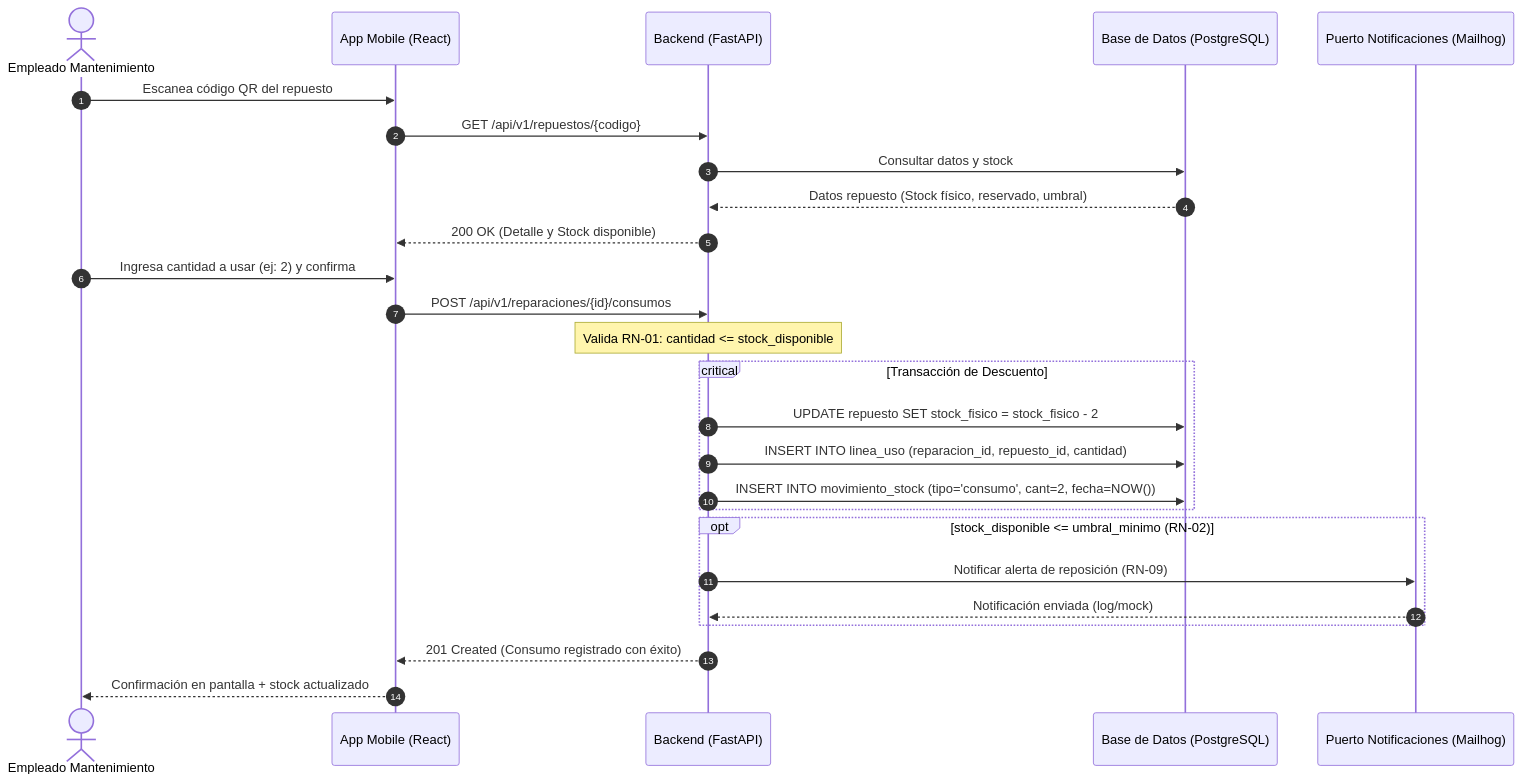
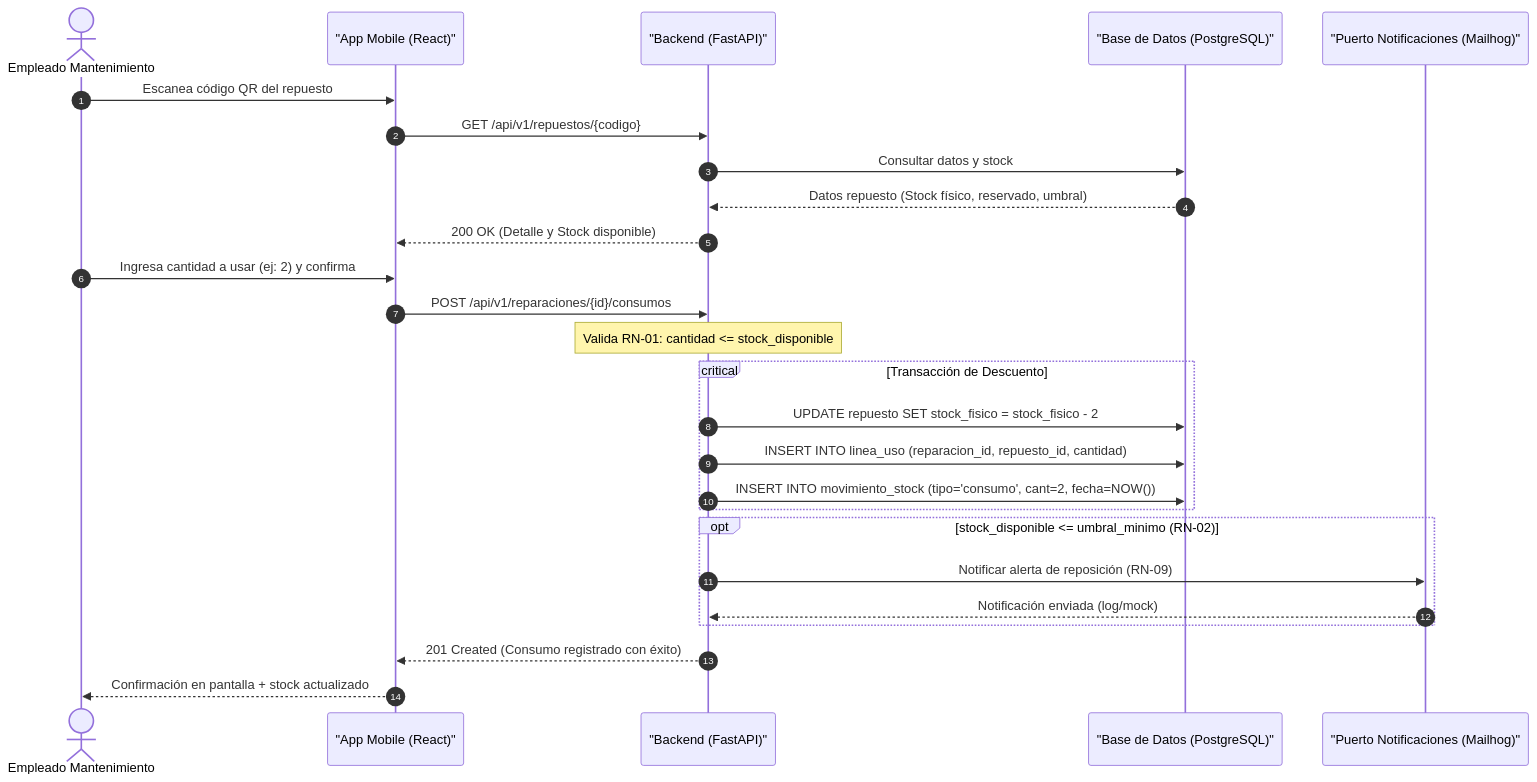
Before and after one commit to theMagicOne7/TCI_S32_2026: the second of 2 diagrams in docs/m1/casos_de_uso.md, drawn with Mermaid.

Commit message:
fix: correccion archivos

````diff
--- a/docs/m1/casos_de_uso.md
+++ b/docs/m1/casos_de_uso.md
@@ -99,33 +99,33 @@
 ```mermaid
 sequenceDiagram
     autonumber
     actor EM as Empleado Mantenimiento
-    participant UI as App Mobile (React)
-    participant API as Backend (FastAPI)
-    participant DB as Base de Datos (PostgreSQL)
-    participant NOTIF as Puerto Notificaciones (Mailhog)
+    participant UI as "App Mobile (React)"
+    participant API as "Backend (FastAPI)"
+    participant DB as "Base de Datos (PostgreSQL)"
+    participant NOTIF as "Puerto Notificaciones (Mailhog)"
 
     EM->>UI: Escanea código QR del repuesto
     UI->>API: GET /api/v1/repuestos/{codigo}
     API->>DB: Consultar datos y stock
     DB-->>API: Datos repuesto (Stock físico, reservado, umbral)
     API-->>UI: 200 OK (Detalle y Stock disponible)
 
     EM->>UI: Ingresa cantidad a usar (ej: 2) y confirma
     UI->>API: POST /api/v1/reparaciones/{id}/consumos
     Note over API: Valida RN-01: cantidad <= stock_disponible
     
     critical Transacción de Descuento
         API->>DB: UPDATE repuesto SET stock_fisico = stock_fisico - 2
         API->>DB: INSERT INTO linea_uso (reparacion_id, repuesto_id, cantidad)
         API->>DB: INSERT INTO movimiento_stock (tipo='consumo', cant=2, fecha=NOW())
     end
 
     opt stock_disponible <= umbral_minimo (RN-02)
         API->>NOTIF: Notificar alerta de reposición (RN-09)
         NOTIF-->>API: Notificación enviada (log/mock)
     end
 
     API-->>UI: 201 Created (Consumo registrado con éxito)
     UI-->>EM: Confirmación en pantalla + stock actualizado
 ```
````
